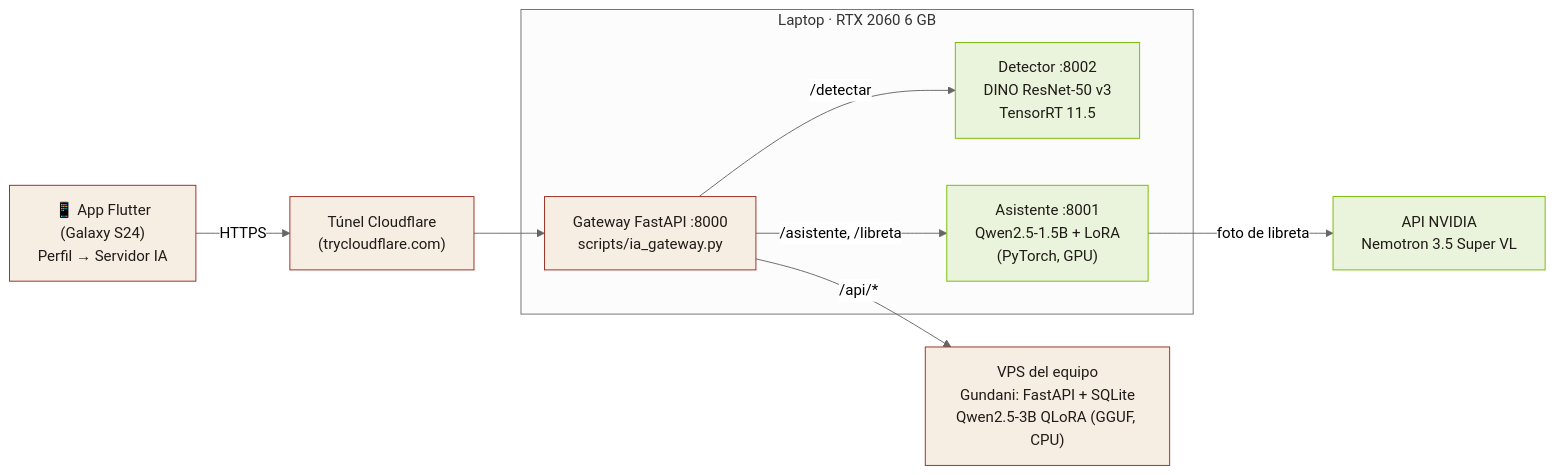
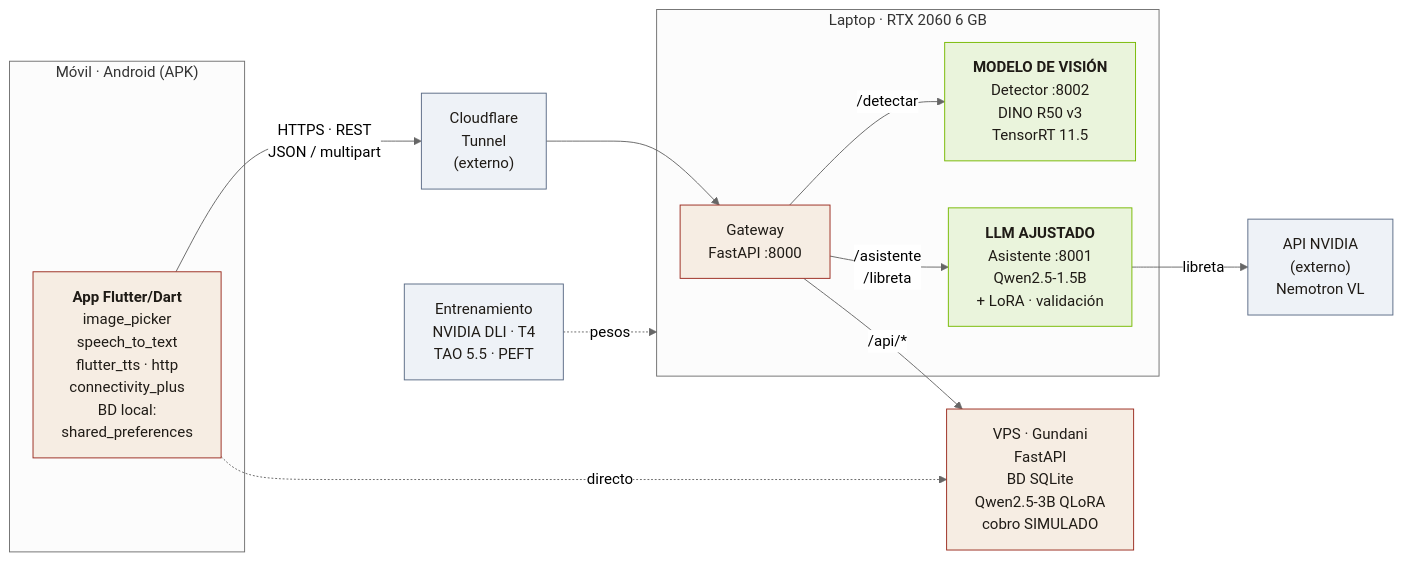
The diagram in docs/entregas/img/arq.mmd (Rene3FG/caja-clara), drawn with Mermaid (neutral theme) before and after one commit. The commit also changed 6 other files, not shown here.

Commit message:
Doc 02: integración de modelos, ejemplos reales y diagrama completo según rúbrica

```diff
--- a/docs/entregas/img/arq.mmd
+++ b/docs/entregas/img/arq.mmd
@@ -1,12 +1,21 @@
 flowchart LR
-  A["📱 App Flutter<br/>(Galaxy S24)<br/>Perfil → Servidor IA"] -- "HTTPS" --> T["Túnel Cloudflare<br/>(trycloudflare.com)"]
-  T --> G["Gateway FastAPI :8000<br/>scripts/ia_gateway.py"]
+  subgraph M["Móvil · Android (APK)"]
+    A["<b>App Flutter/Dart</b><br/>image_picker<br/>speech_to_text<br/>flutter_tts · http<br/>connectivity_plus<br/>BD local:<br/>shared_preferences"]
+  end
+  A -- "HTTPS · REST<br/>JSON / multipart" --> T["Cloudflare<br/>Tunnel<br/>(externo)"]
   subgraph L["Laptop · RTX 2060 6 GB"]
-    G -- "/detectar" --> D["Detector :8002<br/>DINO ResNet-50 v3<br/>TensorRT 11.5"]
-    G -- "/asistente, /libreta" --> S["Asistente :8001<br/>Qwen2.5-1.5B + LoRA<br/>(PyTorch, GPU)"]
+    G["Gateway<br/>FastAPI :8000"]
+    D["<b>MODELO DE VISIÓN</b><br/>Detector :8002<br/>DINO R50 v3<br/>TensorRT 11.5"]
+    S["<b>LLM AJUSTADO</b><br/>Asistente :8001<br/>Qwen2.5-1.5B<br/>+ LoRA · validación"]
+    G -- "/detectar" --> D
+    G -- "/asistente<br/>/libreta" --> S
   end
-  S -- "foto de libreta" --> N["API NVIDIA<br/>Nemotron 3.5 Super VL"]
-  G -- "/api/*" --> V["VPS del equipo<br/>Gundani: FastAPI + SQLite<br/>Qwen2.5-3B QLoRA (GGUF, CPU)"]
+  T --> G
+  S -- "libreta" --> N["API NVIDIA<br/>(externo)<br/>Nemotron VL"]
+  G -- "/api/*" --> V["VPS · Gundani<br/>FastAPI<br/>BD SQLite<br/>Qwen2.5-3B QLoRA<br/>cobro SIMULADO"]
+  A -. "directo" .-> V
+  E["Entrenamiento<br/>NVIDIA DLI · T4<br/>TAO 5.5 · PEFT"] -. "pesos" .-> L
   classDef nv fill:#eaf4dc,stroke:#76b900,color:#1f1b16;
   classDef x fill:#f6ede3,stroke:#9a2a1e,color:#1f1b16;
-  class D,S,N nv; class A,T,G,V x;
+  classDef ext fill:#eef2f7,stroke:#5a6b85,color:#1f1b16;
+  class D,S nv; class A,G,V x; class T,N,E ext;
```
